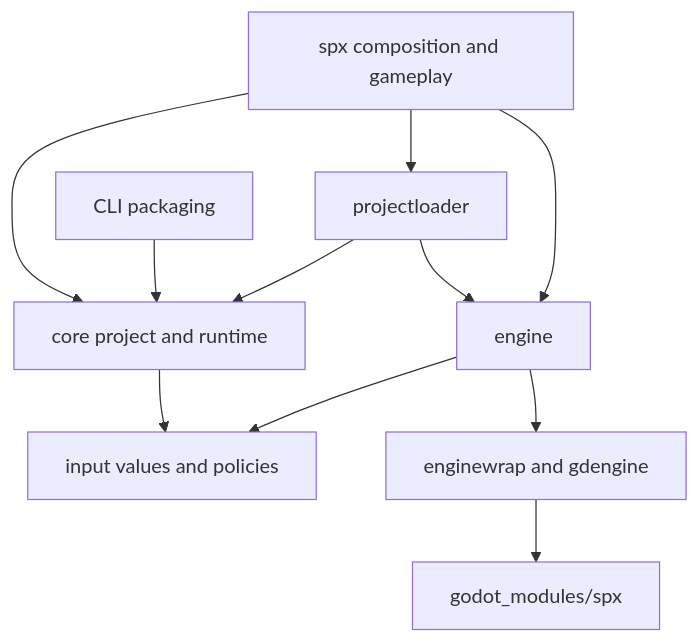
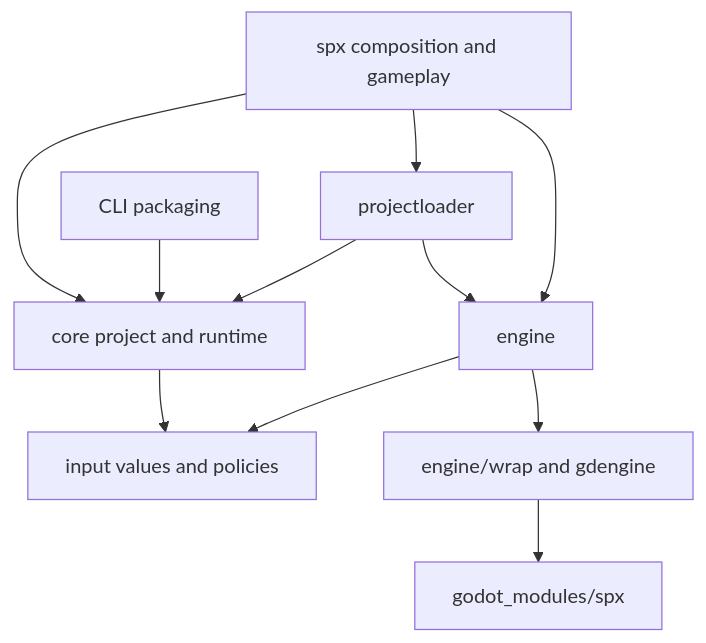
One commit to goplus/spx changed the diagram in docs/en/dev/engine/architecture.md. Above: the diagram before and after it, drawn with Mermaid. The commit also changed other lines of this file and 67 other files, not shown here.

First line of the commit message:
refactor(engine): centralize manager dispatch and simplify wrappers (#2199)

````diff
--- a/docs/en/dev/engine/architecture.md
+++ b/docs/en/dev/engine/architecture.md
@@ -24,13 +25,13 @@
 ```mermaid
 flowchart TD
     API[spx composition and gameplay] --> Core[core project and runtime]
     API --> Loader[projectloader]
     API --> Engine[engine]
     Loader --> Core
     Loader --> Engine
     Core --> Input[input values and policies]
     Engine --> Input
-    Engine --> Wrappers[enginewrap and gdengine]
+    Engine --> Wrappers[engine/wrap and gdengine]
     Wrappers --> Godot[godot_modules/spx]
     CLI[CLI packaging] --> Core
 ```
````
